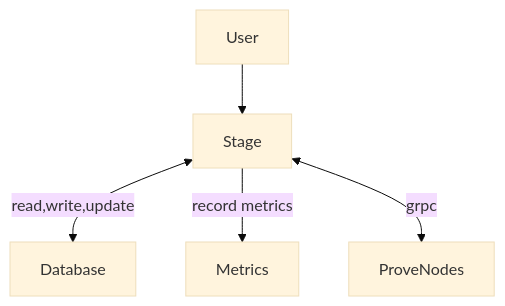
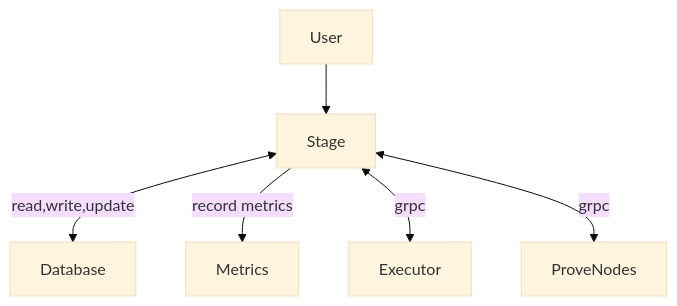
The second of 2 diagrams in README.md (zkMIPS/zkm-prover), drawn with Mermaid (base theme) before and after one commit. The commit also changed other lines of this file and 5 other files, not shown here.

````diff
--- a/README.md
+++ b/README.md
@@ -31,7 +31,8 @@
 ```mermaid
 graph TD
     User --> Stage;
     Stage <--read,write,update--> Database;
     Stage --record metrics--> Metrics;
+    Stage <--grpc--> Executor; 
     Stage <--grpc--> ProveNodes; 
 ```
````
